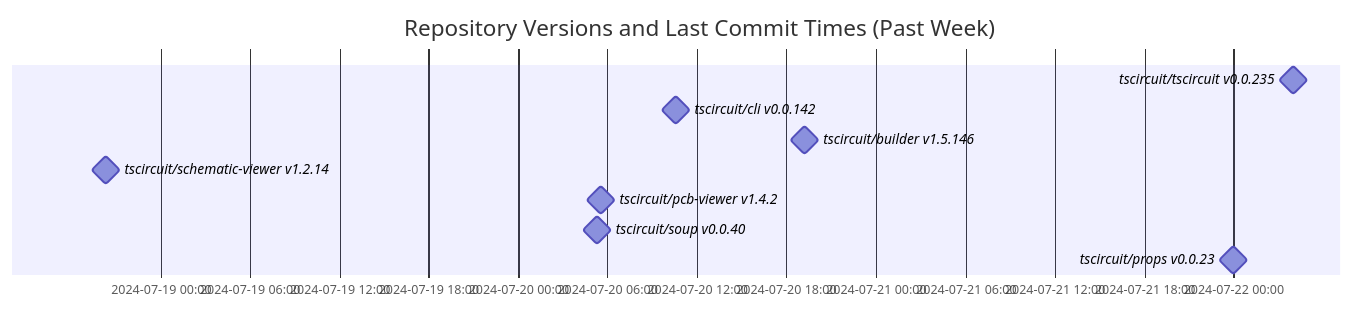
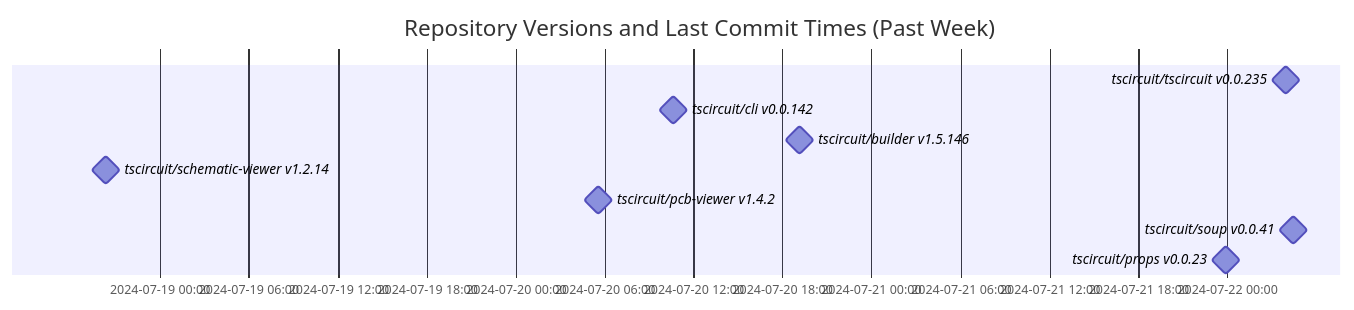
One commit to tscircuit/version-tracker changed the diagram in README.md. Above: the diagram before and after it, drawn with Mermaid.

Commit message:
Update chart

````diff
--- a/README.md
+++ b/README.md
@@ -1,14 +1,14 @@
 ```mermaid
 gantt
   dateFormat  YYYY-MM-DD HH:mm:ss
   title Repository Versions and Last Commit Times (Past Week)
   axisFormat %Y-%m-%d %H:%M
 
   tscircuit/tscircuit v0.0.235 : milestone, 2024-07-22 04:00:06, 1s
   tscircuit/cli v0.0.142 : milestone, 2024-07-20 10:36:15, 1s
   tscircuit/builder v1.5.146 : milestone, 2024-07-20 19:11:54, 1s
   tscircuit/schematic-viewer v1.2.14 : milestone, 2024-07-18 20:20:40, 1s
   tscircuit/pcb-viewer v1.4.2 : milestone, 2024-07-20 05:34:23, 1s
-  tscircuit/soup v0.0.40 : milestone, 2024-07-20 05:18:19, 1s
+  tscircuit/soup v0.0.41 : milestone, 2024-07-22 04:28:33, 1s
   tscircuit/props v0.0.23 : milestone, 2024-07-21 23:57:13, 1s
 ```
````
